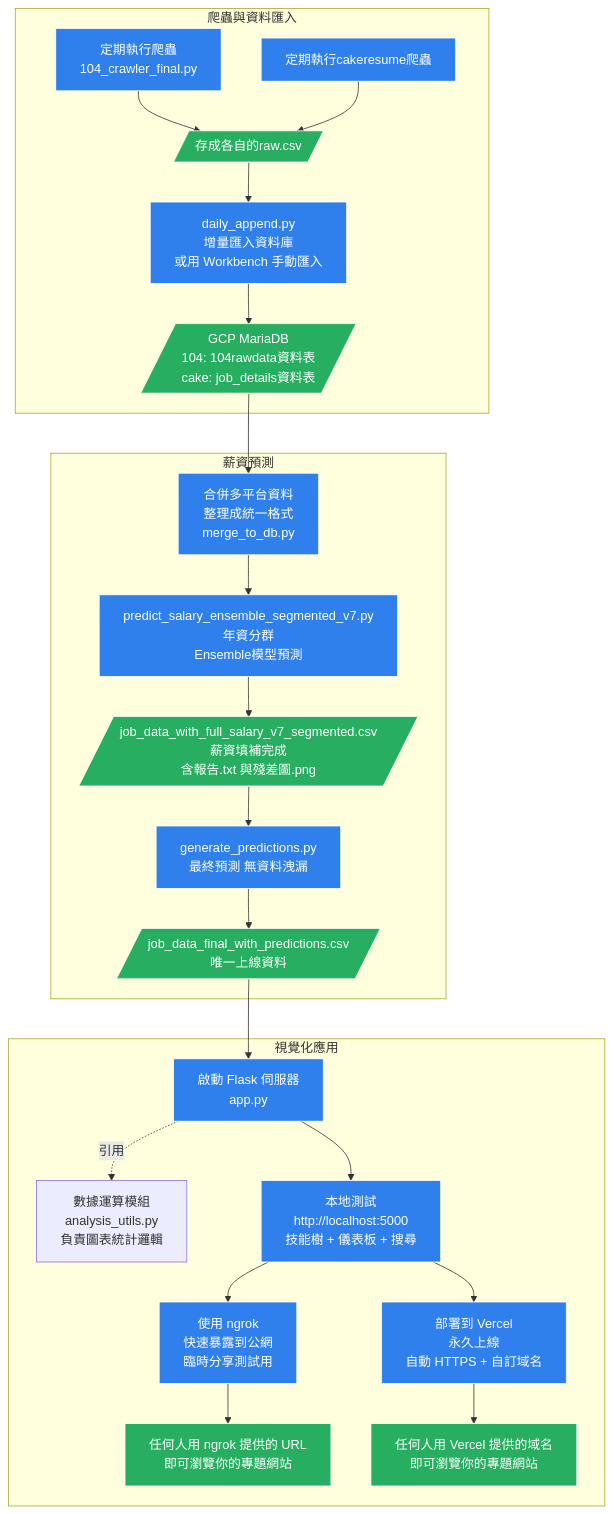
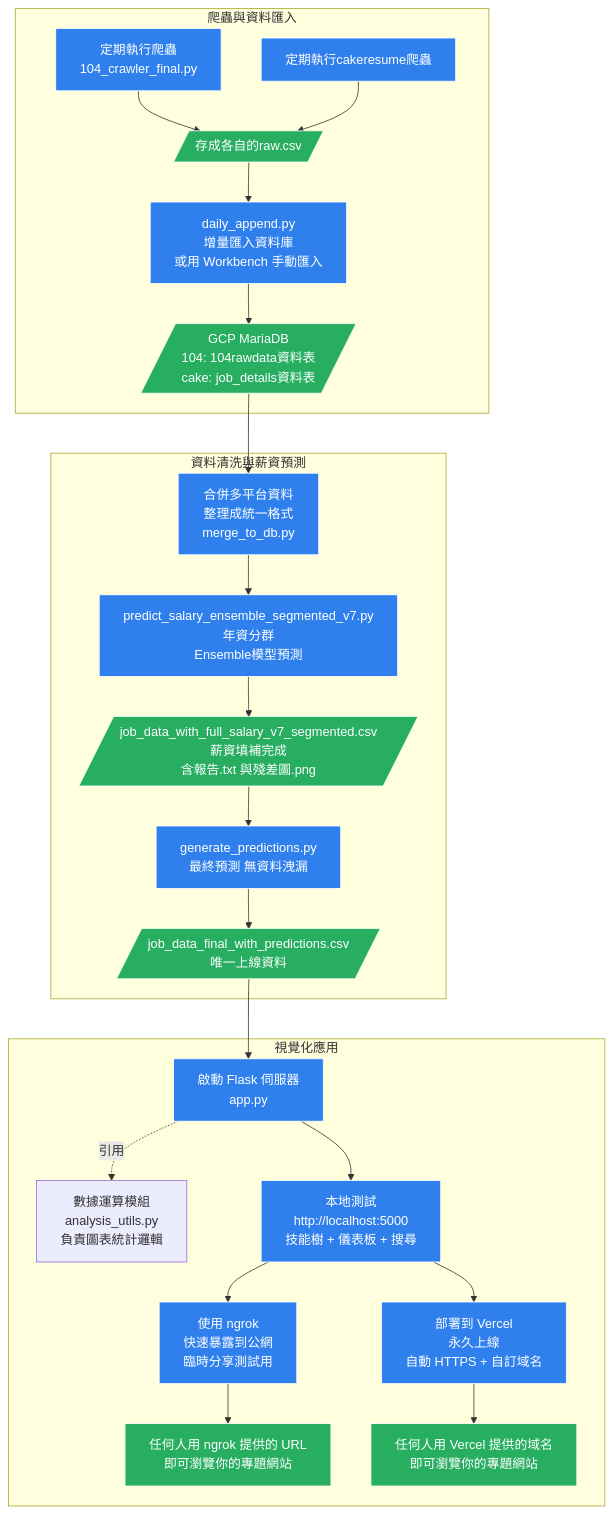
The diagram in 104_jobdata_crawler_final/README.md (DataSideProject/WLS), drawn with Mermaid before and after one commit.

Commit message:
Please enter the commit message for your changes. Lines starting with '#' will be ignored, and an empty message aborts the commit.
On branch main
Your branch is up to date with 'origin/main'.

Changes to be committed:
	modified:   104_jobdata_crawler_final/README.md

````diff
--- a/104_jobdata_crawler_final/README.md
+++ b/104_jobdata_crawler_final/README.md
@@ -18,36 +18,36 @@
 ```mermaid
 flowchart TD
     subgraph 爬蟲與資料匯入
         A[定期執行爬蟲<br>104_crawler_final.py]
         AA[定期執行cakeresume爬蟲<br>]
         A --> B[/存成各自的raw.csv<br>/]
         AA --> B
         B --> C[daily_append.py<br>增量匯入資料庫<br>或用 Workbench 手動匯入]
         C --> D[/GCP MariaDB<br>104: 104rawdata資料表<br>cake: job_details資料表/]
     end
 
-    subgraph 薪資預測
+    subgraph 資料清洗與薪資預測
         AB[合併多平台資料<br>整理成統一格式<br>merge_to_db.py]
         D --> AB
         AB --> E[predict_salary_ensemble_segmented_v7.py<br>年資分群<br>Ensemble模型預測]
         E --> F[/job_data_with_full_salary_v7_segmented.csv<br>薪資填補完成<br>含報告.txt 與殘差圖.png/]
         F --> G[generate_predictions.py<br>最終預測 無資料洩漏]
         G --> H[/job_data_final_with_predictions.csv<br>唯一上線資料/]
     end
 
     subgraph 視覺化應用
         H --> I[啟動 Flask 伺服器<br>app.py]
         I -. 引用 .-> I_utils[數據運算模組<br>analysis_utils.py<br>負責圖表統計邏輯]
         I --> J[本地測試<br>http://localhost:5000<br>技能樹 + 儀表板 + 搜尋]
         J --> K1[使用 ngrok<br>快速暴露到公網<br>臨時分享測試用]
         J --> K2[部署到 Vercel<br>永久上線<br>自動 HTTPS + 自訂域名]
         K1 --> L[任何人用 ngrok 提供的 URL<br>即可瀏覽你的專題網站]
         K2 --> M[任何人用 Vercel 提供的域名<br>即可瀏覽你的專題網站]
     end
 
     classDef process fill:#2F80ED,stroke:#fff,color:#fff
     classDef file fill:#27AE60,stroke:#fff,color:#fff
 
     class A,AA,AB,C,E,G,I,J,K1,K2 process
     class B,D,F,H,L,M file
 ```
````
